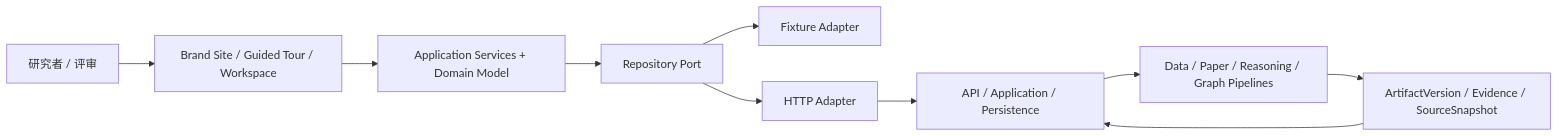
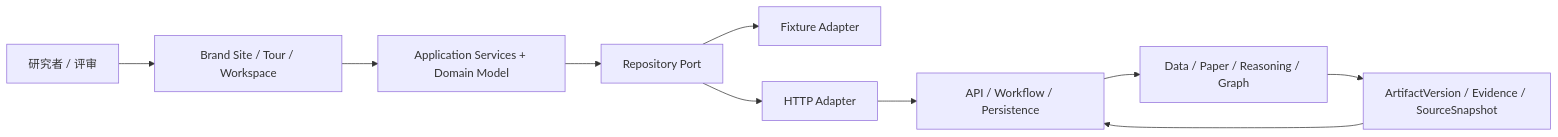
One commit to zyyyyynnn/xingwen-astro-ai changed the diagram in DESIGN.md. Above: the diagram before and after it, drawn with Mermaid. The commit also changed other lines of this file and 199 other files, not shown here.

````diff
--- a/DESIGN.md
+++ b/DESIGN.md
@@ -54,22 +72,12 @@
 ```mermaid
 flowchart LR
-  User["研究者 / 评审"]
-  Experience["Brand Site / Guided Tour / Workspace"]
-  App["Application Services + Domain Model"]
-  Port["Repository Port"]
-  Fixture["Fixture Adapter"]
-  Http["HTTP Adapter"]
-  Api["API / Application / Persistence"]
-  Pipelines["Data / Paper / Reasoning / Graph Pipelines"]
-  Versions["ArtifactVersion / Evidence / SourceSnapshot"]
-
-  User --> Experience
-  Experience --> App
-  App --> Port
-  Port --> Fixture
-  Port --> Http
-  Http --> Api
-  Api --> Pipelines
-  Pipelines --> Versions
-  Versions --> Api
+  User["研究者 / 评审"] --> Experience["Brand Site / Tour / Workspace"]
+  Experience --> App["Application Services + Domain Model"]
+  App --> Port["Repository Port"]
+  Port --> Fixture["Fixture Adapter"]
+  Port --> HTTP["HTTP Adapter"]
+  HTTP --> API["API / Workflow / Persistence"]
+  API --> Pipeline["Data / Paper / Reasoning / Graph"]
+  Pipeline --> Artifact["ArtifactVersion / Evidence / SourceSnapshot"]
+  Artifact --> API
 ```
````
